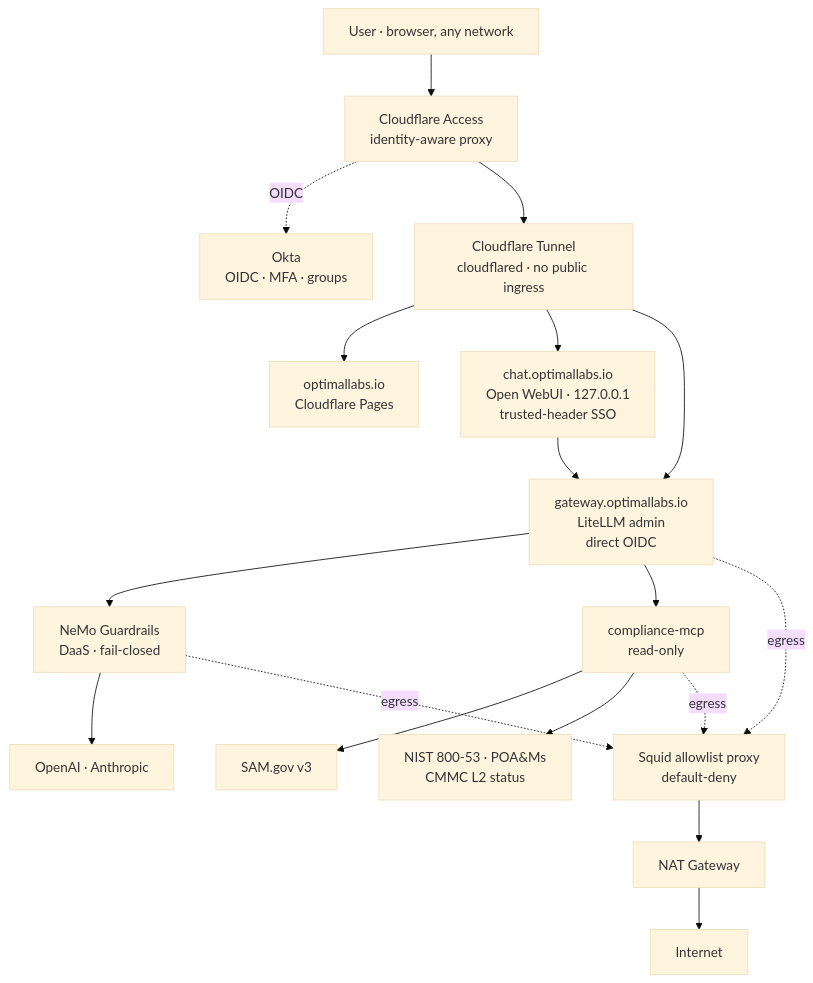
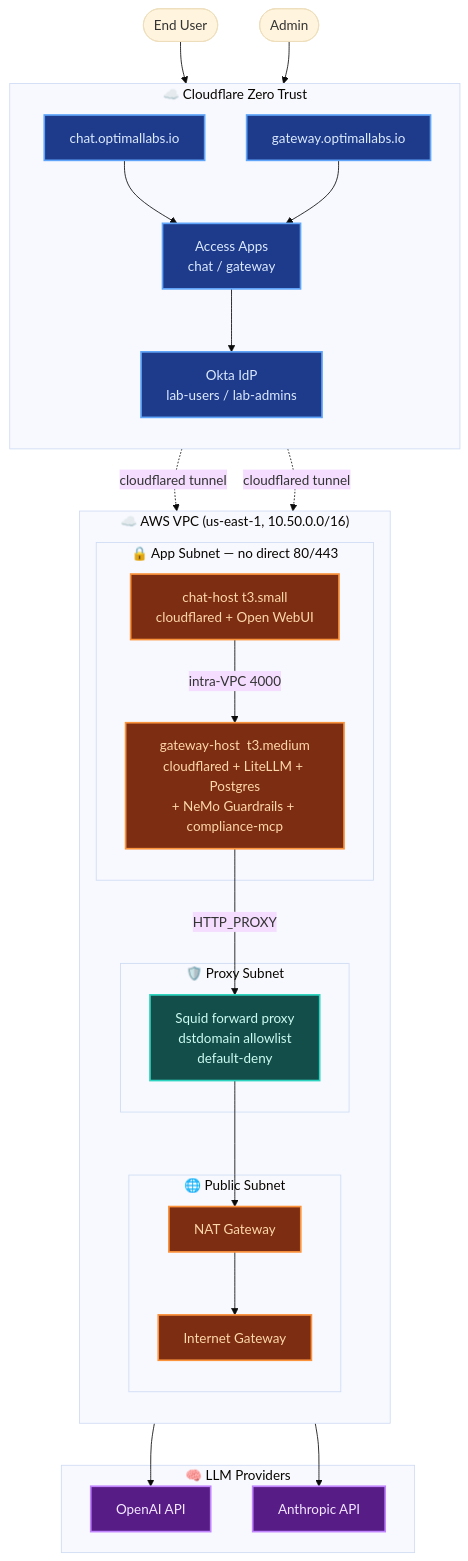
Before and after one commit to optimal-cyber/AI-Gateway: the first of 5 diagrams in README.md, drawn with Mermaid (base theme). The commit also changed other lines of this file and 1 other file, not shown here.

First line of the commit message:
docs: add blog-post draft + colorized arch diagrams in README

````diff
--- a/README.md
+++ b/README.md
@@ -50,37 +55,56 @@
 ```mermaid
-graph TD
-    U[User · browser, any network]
-    CA[Cloudflare Access<br/>identity-aware proxy]
-    OK[Okta<br/>OIDC · MFA · groups]
-    CT[Cloudflare Tunnel<br/>cloudflared · no public ingress]
+flowchart TB
+    subgraph CFZT[" ☁️ Cloudflare Zero Trust "]
+        direction TB
+        ACCESS[Access Apps<br/>chat / gateway]
+        OKTA[Okta IdP<br/>lab-users / lab-admins]
+        CHATCF[chat.optimallabs.io]
+        GWCF[gateway.optimallabs.io]
+    end
 
-    LAB["optimallabs.io<br/>Cloudflare Pages"]
-    CHAT["chat.optimallabs.io<br/>Open WebUI · 127.0.0.1<br/>trusted-header SSO"]
-    GW["gateway.optimallabs.io<br/>LiteLLM admin<br/>direct OIDC"]
+    subgraph AWS["☁️  AWS VPC (us-east-1, 10.50.0.0/16)"]
+        direction TB
+        subgraph PUB[" 🌐 Public Subnet "]
+            NAT[NAT Gateway]
+            IGW[Internet Gateway]
+        end
 
-    NEMO[NeMo Guardrails<br/>DaaS · fail-closed]
-    MCP[compliance-mcp<br/>read-only]
-    PROVS["OpenAI · Anthropic"]
-    SAM[SAM.gov v3]
-    LOCAL[NIST 800-53 · POA&Ms<br/>CMMC L2 status]
+        subgraph PROXY[" 🛡️  Proxy Subnet "]
+            SQUID["Squid forward proxy<br/>dstdomain allowlist<br/>default-deny"]
+        end
 
-    SQUID[Squid allowlist proxy<br/>default-deny]
-    NAT[NAT Gateway]
-    IGW[Internet]
+        subgraph APP[" 🔒 App Subnet — no direct 80/443 "]
+            CHATHOST["chat-host  t3.small<br/>cloudflared + Open WebUI"]
+            GWHOST["gateway-host  t3.medium<br/>cloudflared + LiteLLM + Postgres<br/>+ NeMo Guardrails + compliance-mcp"]
+        end
+    end
 
-    U --> CA
-    CA -.OIDC.-> OK
-    CA --> CT
-    CT --> LAB
-    CT --> CHAT
-    CT --> GW
-    CHAT --> GW
-    GW --> NEMO --> PROVS
-    GW --> MCP
-    MCP --> SAM
-    MCP --> LOCAL
-    GW -. egress .-> SQUID
-    MCP -. egress .-> SQUID
-    NEMO -. egress .-> SQUID
-    SQUID --> NAT --> IGW
+    subgraph LLM[" 🧠 LLM Providers "]
+        OPENAI[OpenAI API]
+        ANTHROPIC[Anthropic API]
+    end
+
+    USER([End User]) --> CHATCF
+    ADMIN([Admin]) --> GWCF
+    CHATCF --> ACCESS
+    GWCF --> ACCESS
+    ACCESS --> OKTA
+    ACCESS -. cloudflared tunnel .-> CHATHOST
+    ACCESS -. cloudflared tunnel .-> GWHOST
+    CHATHOST -- "intra-VPC 4000" --> GWHOST
+    GWHOST -- "HTTP_PROXY" --> SQUID
+    SQUID --> NAT
+    NAT --> IGW
+    IGW --> OPENAI
+    IGW --> ANTHROPIC
+
+    classDef cf fill:#1e3a8a,stroke:#60a5fa,color:#dbeafe,stroke-width:2px
+    classDef aws fill:#7c2d12,stroke:#fb923c,color:#fed7aa,stroke-width:2px
+    classDef egress fill:#134e4a,stroke:#2dd4bf,color:#ccfbf1,stroke-width:2px
+    classDef llm fill:#581c87,stroke:#c084fc,color:#f3e8ff,stroke-width:2px
+
+    class ACCESS,OKTA,CHATCF,GWCF cf
+    class CHATHOST,GWHOST,NAT,IGW aws
+    class SQUID egress
+    class OPENAI,ANTHROPIC llm
 ```
````
